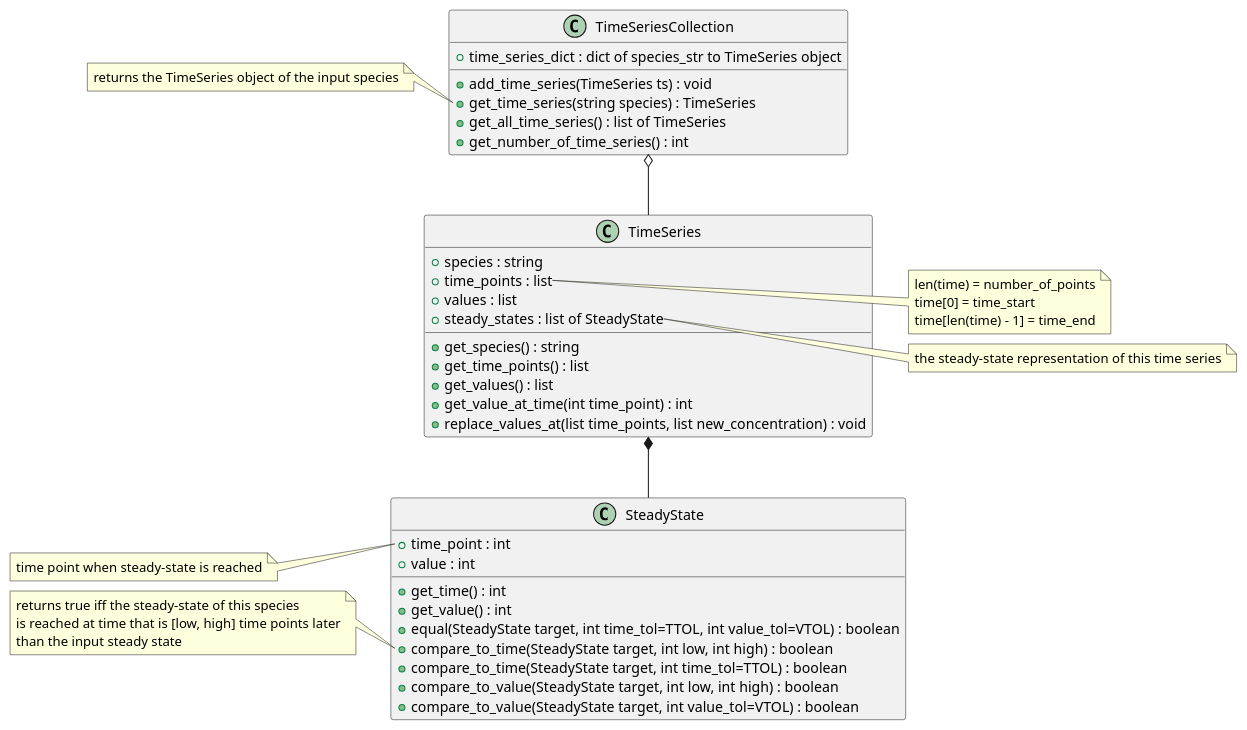
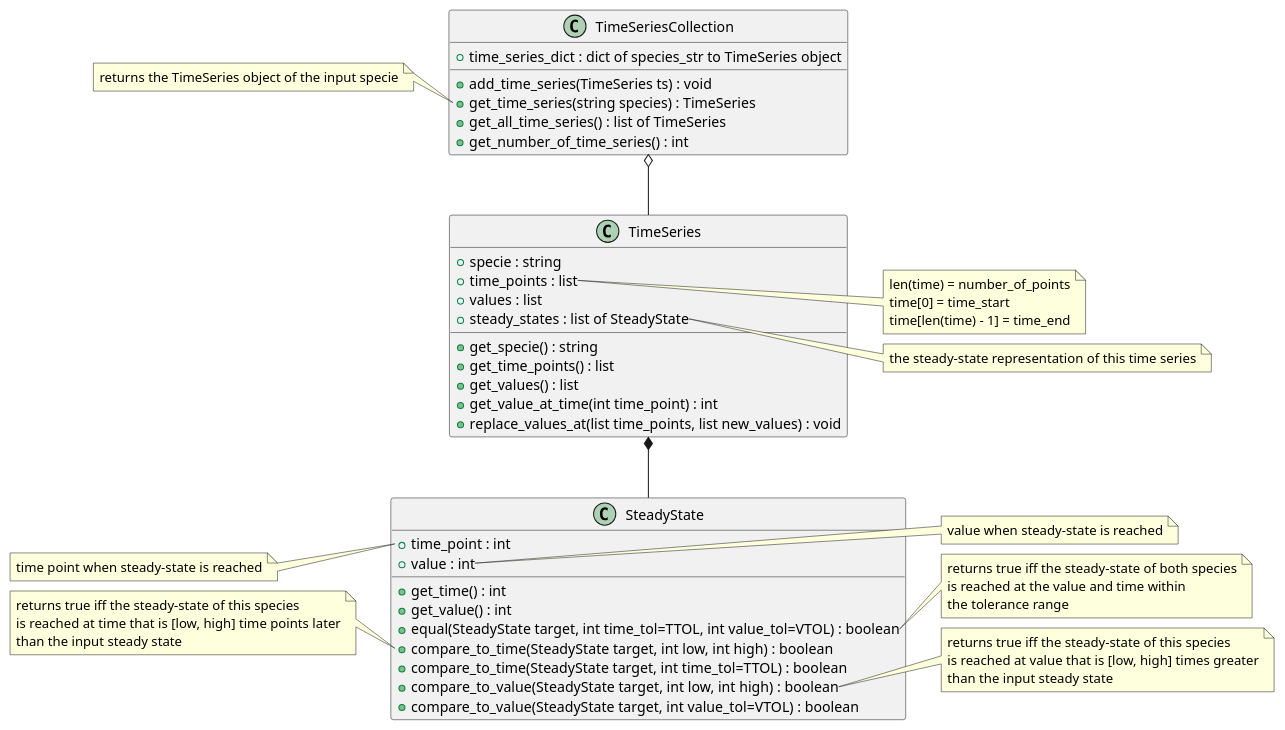
The diagram in Design/object_model.plantuml (sys-bio/SBviper), drawn with PlantUML before and after one commit. The commit also changed 4 other files, not shown here.

```diff
--- a/Design/object_model.plantuml
+++ b/Design/object_model.plantuml
@@ -1,79 +1,79 @@
 @startuml
 
 TimeSeriesCollection o-- TimeSeries
 
 TimeSeries *-- SteadyState
 
 class TimeSeriesCollection {
     +time_series_dict : dict of species_str to TimeSeries object
     +add_time_series(TimeSeries ts) : void
     +get_time_series(string species) : TimeSeries
     +get_all_time_series() : list of TimeSeries
     +get_number_of_time_series() : int
 }
 
 class TimeSeries {
-    +species : string
+    +specie : string
     +time_points : list
     +values : list
     +steady_states : list of SteadyState
-    +get_species() : string
+    +get_specie() : string
     +get_time_points() : list
     +get_values() : list
     +get_value_at_time(int time_point) : int
-    +replace_values_at(list time_points, list new_concentration) : void
+    +replace_values_at(list time_points, list new_values) : void
 }
 
 class SteadyState {
     +time_point : int
     +value : int
     +get_time() : int
     +get_value() : int
     +equal(SteadyState target, int time_tol=TTOL, int value_tol=VTOL) : boolean
     +compare_to_time(SteadyState target, int low, int high) : boolean
     +compare_to_time(SteadyState target, int time_tol=TTOL) : boolean
     +compare_to_value(SteadyState target, int low, int high) : boolean
     +compare_to_value(SteadyState target, int value_tol=VTOL) : boolean
 }
 
 note left of TimeSeriesCollection::get_time_series {
-    returns the TimeSeries object of the input species
+    returns the TimeSeries object of the input specie
 }
 
 note right of TimeSeries::time {
     len(time) = number_of_points
     time[0] = time_start
     time[len(time) - 1] = time_end
 }
 
 note right of TimeSeries::steady_state {
     the steady-state representation of this time series
 }
 
 note left of SteadyState::time {
     time point when steady-state is reached
 }
 
-note right of SteadyState::concentration {
-    concentration when steady-state is reached
+note right of SteadyState::value {
+    value when steady-state is reached
 }
 
 note right of SteadyState::equal {
     returns true iff the steady-state of both species
-    is reached at the concentration and time within
+    is reached at the value and time within
     the tolerance range
 }
 
 note left of SteadyState::compare_to_time {
     returns true iff the steady-state of this species
     is reached at time that is [low, high] time points later
     than the input steady state
 }
 
-note right of SteadyState::compare_to_concentration {
+note right of SteadyState::compare_to_value {
     returns true iff the steady-state of this species
-    is reached at concentration that is [low, high] times greater
+    is reached at value that is [low, high] times greater
     than the input steady state
 }
 
 @enduml
```
